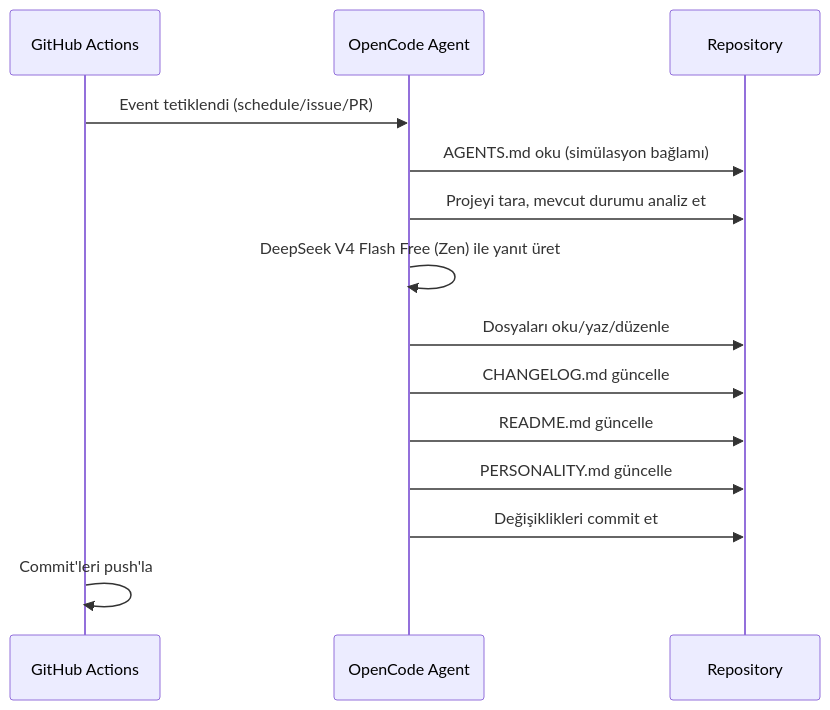
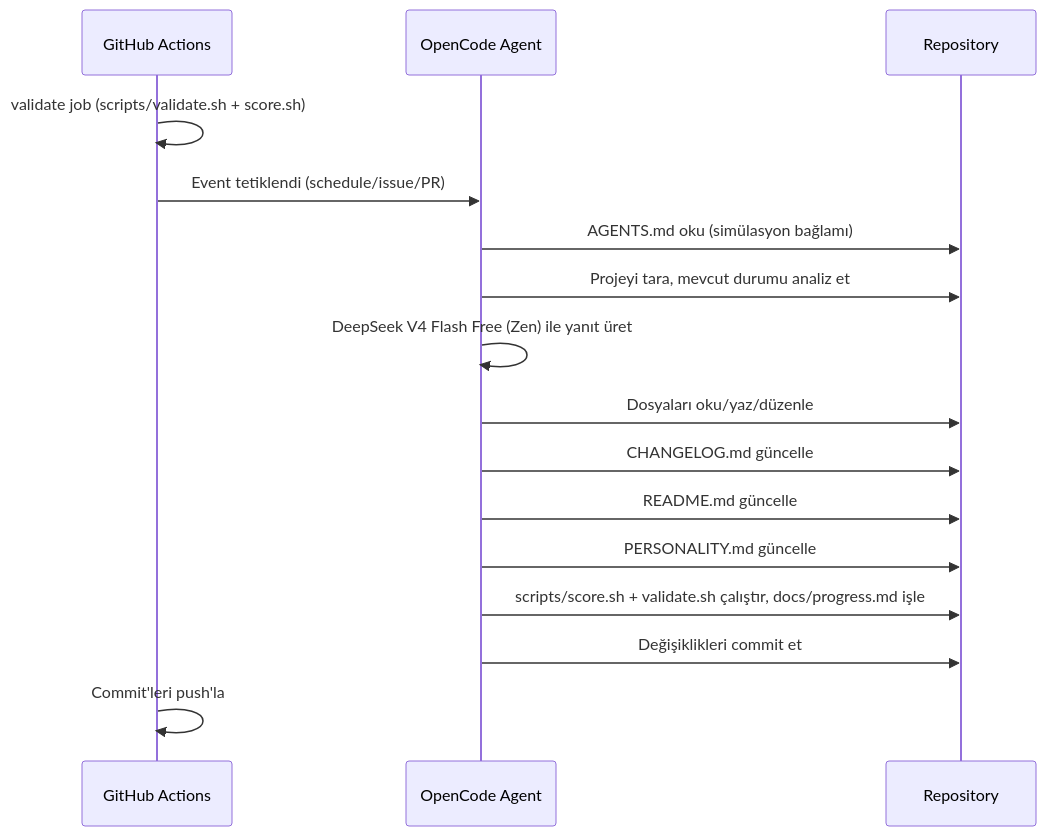
Before and after one commit to yaso09/mehmet: the diagram in docs/superpowers/specs/2026-07-04-mehmet-oz-iyilestiren-ajan-design.md, drawn with Mermaid. The commit also changed other lines of this file and 10 other files, not shown here.

````diff
--- a/docs/superpowers/specs/2026-07-04-mehmet-oz-iyilestiren-ajan-design.md
+++ b/docs/superpowers/specs/2026-07-04-mehmet-oz-iyilestiren-ajan-design.md
@@ -64,17 +80,19 @@
 ```mermaid
 sequenceDiagram
     participant GA as GitHub Actions
     participant OC as OpenCode Agent
     participant Repo as Repository
 
+    GA->>GA: validate job (scripts/validate.sh + score.sh)
     GA->>OC: Event tetiklendi (schedule/issue/PR)
     OC->>Repo: AGENTS.md oku (simülasyon bağlamı)
     OC->>Repo: Projeyi tara, mevcut durumu analiz et
     OC->>OC: DeepSeek V4 Flash Free (Zen) ile yanıt üret
     OC->>Repo: Dosyaları oku/yaz/düzenle
     OC->>Repo: CHANGELOG.md güncelle
     OC->>Repo: README.md güncelle
     OC->>Repo: PERSONALITY.md güncelle
+    OC->>Repo: scripts/score.sh + validate.sh çalıştır, docs/progress.md işle
     OC->>Repo: Değişiklikleri commit et
     GA->>GA: Commit'leri push'la
 ```
````
